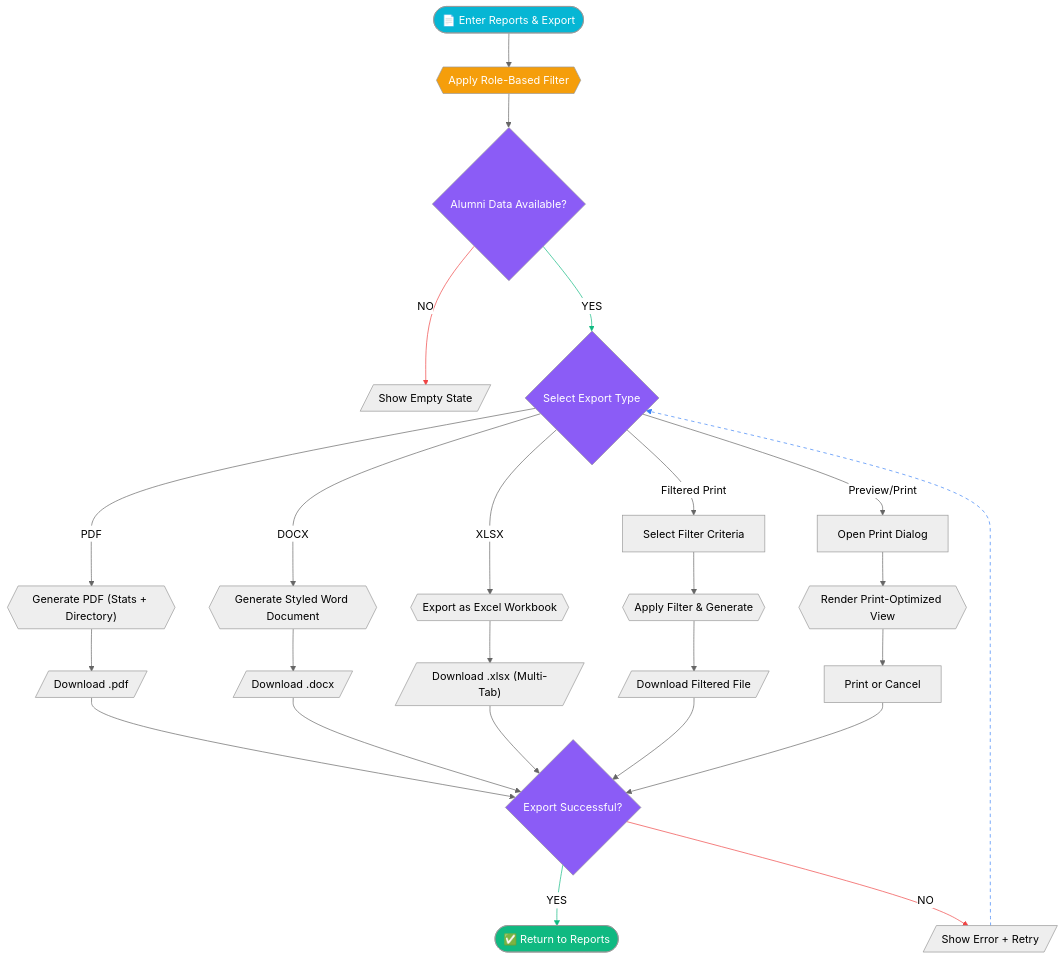
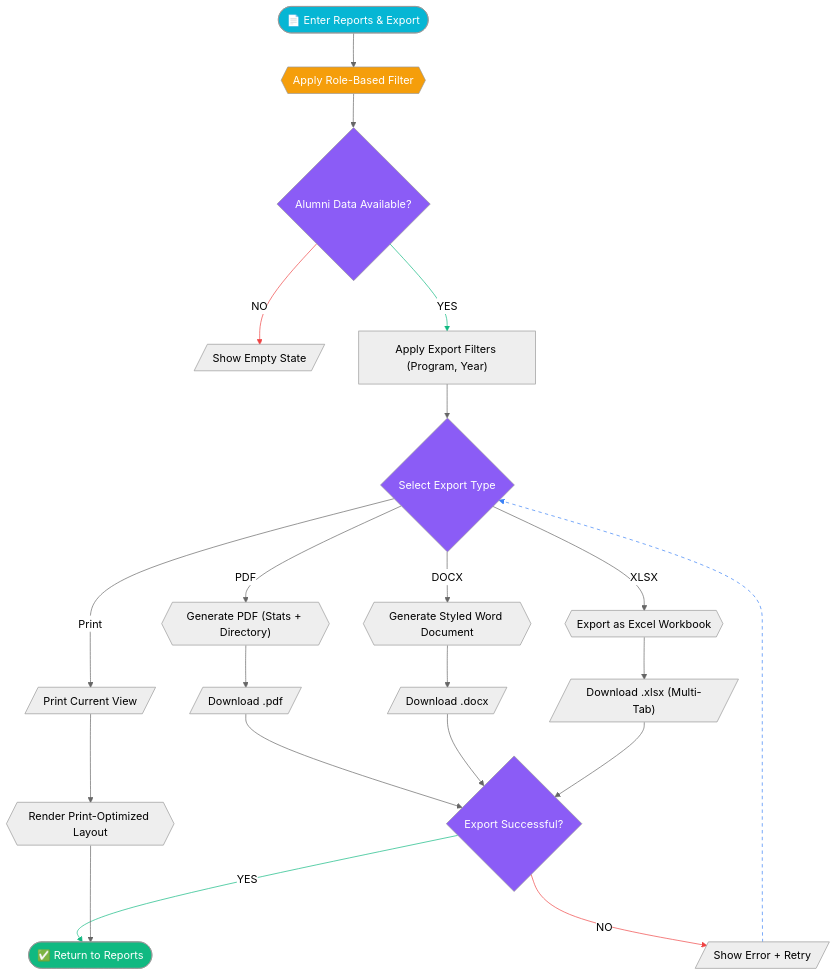
One commit to rakuya-khun/alumni-db changed the seventh of 12 diagrams in docs/technical/alumni-db-flowcharts.md. Above: the diagram before and after it, drawn with Mermaid (neutral theme). The commit also changed other lines of this file and 94 other files, not shown here.

````diff
--- a/docs/technical/alumni-db-flowcharts.md
+++ b/docs/technical/alumni-db-flowcharts.md
@@ -324,41 +369,39 @@
 ```mermaid
 flowchart TD
     A([📄 Enter Reports & Export]) --> B{{"Apply Role-Based Filter"}}
     B --> C{Alumni Data Available?}
     C -- NO --> D[/"Show Empty State"/]
-    C -- YES --> E{Select Export Type}
+    C -- YES --> E["Apply Export Filters (Program, Year)"]
+    E --> F{Select Export Type}
 
-    E -- PDF --> F{{"Generate PDF (Stats + Directory)"}}
-    F --> G[/"Download .pdf"/]
+    F -- PDF --> G{{"Generate PDF (Stats + Directory)"}}
+    G --> H[/"Download .pdf"/]
 
-    E -- DOCX --> H{{"Generate Styled Word Document"}}
-    H --> I[/"Download .docx"/]
+    F -- DOCX --> I{{"Generate Styled Word Document"}}
+    I --> J[/"Download .docx"/]
 
-    E -- XLSX --> J{{"Export as Excel Workbook"}}
-    J --> K[/"Download .xlsx (Multi-Tab)"/]
+    F -- XLSX --> K{{"Export as Excel Workbook"}}
+    K --> L[/"Download .xlsx (Multi-Tab)"/]
 
-    E -- Filtered Print --> L["Select Filter Criteria"]
-    L --> M{{"Apply Filter & Generate"}}
-    M --> N[/"Download Filtered File"/]
+    F -- Print --> M[/"Print Current View"/]
+    M --> N{{"Render Print-Optimized Layout"}}
 
-    E -- Preview/Print --> O["Open Print Dialog"]
-    O --> P{{"Render Print-Optimized View"}}
-    P --> Q["Print or Cancel"]
+    H & J & L --> O{Export Successful?}
+    O -- YES --> P([✅ Return to Reports])
+    O -- NO --> Q[/"Show Error + Retry"/]
+    Q --> F
 
-    G & I & K & N & Q --> R{Export Successful?}
-    R -- YES --> S([✅ Return to Reports])
-    R -- NO --> T[/"Show Error + Retry"/]
-    T --> E
+    N --> P
 
     style A fill:#06b6d4,color:#fff
-    style S fill:#10b981,color:#fff
+    style P fill:#10b981,color:#fff
     style C fill:#8b5cf6,color:#fff
-    style E fill:#8b5cf6,color:#fff
-    style R fill:#8b5cf6,color:#fff
+    style F fill:#8b5cf6,color:#fff
+    style O fill:#8b5cf6,color:#fff
     style B fill:#f59e0b,color:#fff
     linkStyle 2 stroke:#ef4444
     linkStyle 3 stroke:#10b981
-    linkStyle 21 stroke:#10b981
-    linkStyle 22 stroke:#ef4444
-    linkStyle 23 stroke:#3b82f6,stroke-dasharray:5
+    linkStyle 16 stroke:#10b981
+    linkStyle 17 stroke:#ef4444
+    linkStyle 18 stroke:#3b82f6,stroke-dasharray:5
 ```
````
